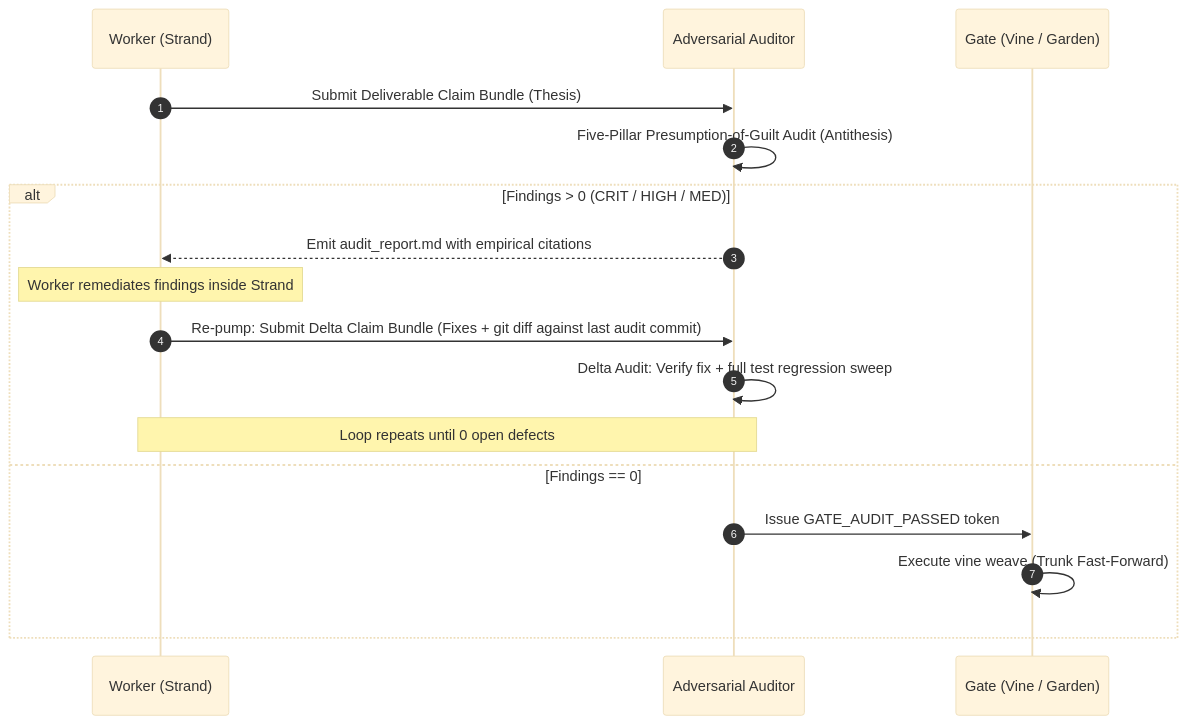
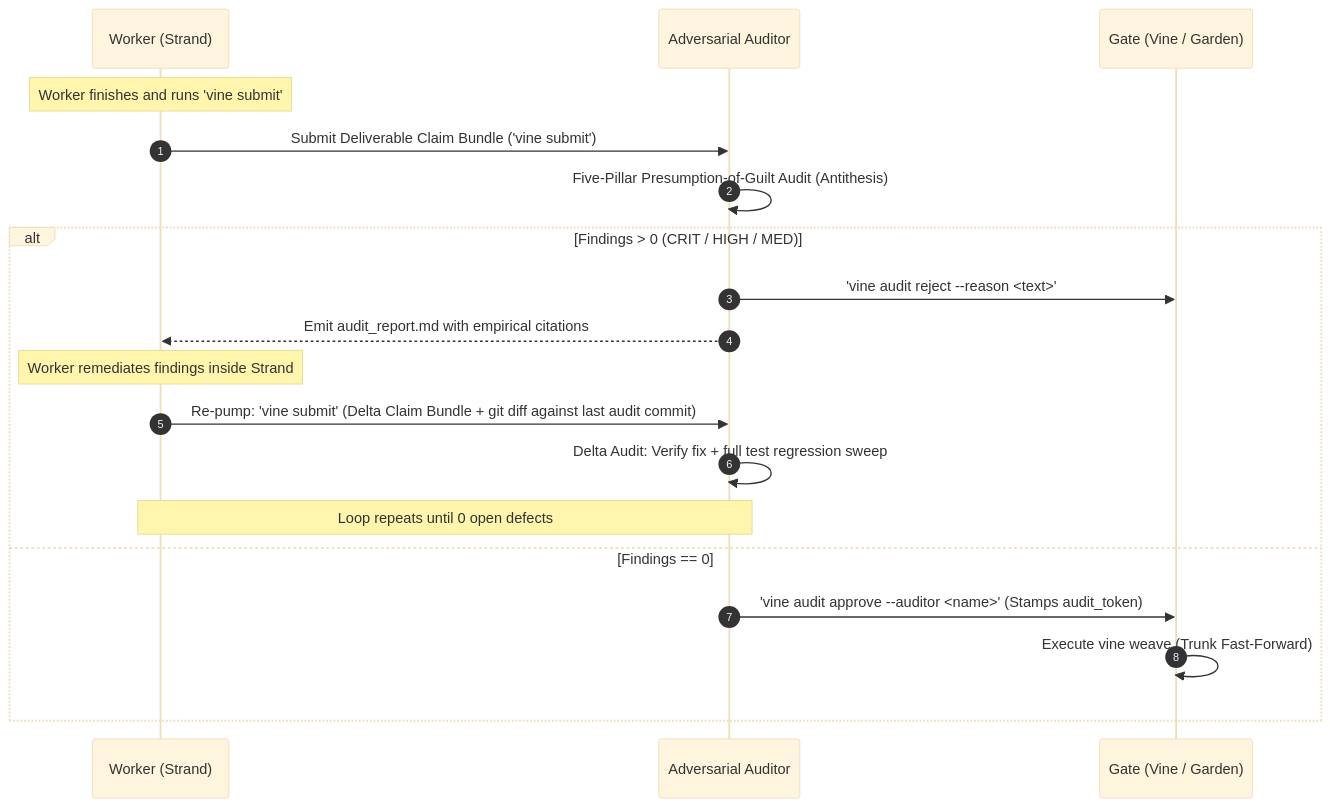
One commit to axiomantic/garden changed the second of 2 diagrams in skills/dialectical-pump/SKILL.md. Above: the diagram before and after it, drawn with Mermaid (base theme). The commit also changed other lines of this file and 15 other files, not shown here.

Commit message:
feat(roadmap): add botanical roadmap command, procedural personas, and defeat-device audit gate

````diff
--- a/skills/dialectical-pump/SKILL.md
+++ b/skills/dialectical-pump/SKILL.md
@@ -214,21 +216,23 @@
 ```mermaid
 sequenceDiagram
     autonumber
     participant W as Worker (Strand)
     participant A as Adversarial Auditor
     participant G as Gate (Vine / Garden)
 
-    W->>A: Submit Deliverable Claim Bundle (Thesis)
+    Note over W: Worker finishes and runs 'vine submit'
+    W->>A: Submit Deliverable Claim Bundle ('vine submit')
     A->>A: Five-Pillar Presumption-of-Guilt Audit (Antithesis)
     
     alt Findings > 0 (CRIT / HIGH / MED)
+        A->>G: 'vine audit reject --reason <text>'
         A-->>W: Emit audit_report.md with empirical citations
         Note over W: Worker remediates findings inside Strand
-        W->>A: Re-pump: Submit Delta Claim Bundle (Fixes + git diff against last audit commit)
+        W->>A: Re-pump: 'vine submit' (Delta Claim Bundle + git diff against last audit commit)
         A->>A: Delta Audit: Verify fix + full test regression sweep
         Note over A,W: Loop repeats until 0 open defects
     else Findings == 0
-        A->>G: Issue GATE_AUDIT_PASSED token
+        A->>G: 'vine audit approve --auditor <name>' (Stamps audit_token)
         G->>G: Execute vine weave (Trunk Fast-Forward)
     end
 ```
````
